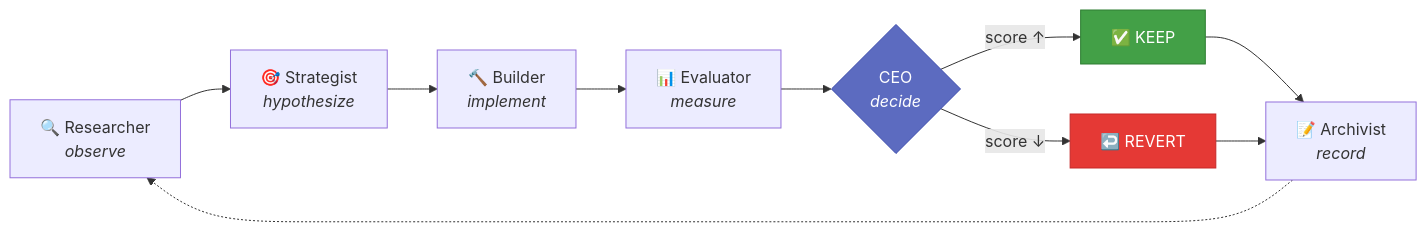
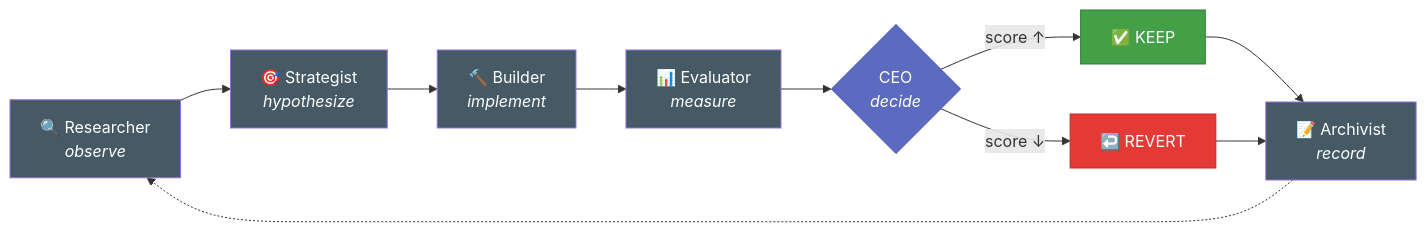
The first of 4 diagrams in docs/index.md (akashgit/remote-factory), drawn with Mermaid before and after one commit. The commit also changed other lines of this file and 2 other files, not shown here.

First line of the commit message:
fix: make Mermaid diagram text readable in both light and dark mode

````diff
--- a/docs/index.md
+++ b/docs/index.md
@@ -25,16 +25,21 @@
 ```mermaid
 graph LR
     A["🔍 Researcher<br><i>observe</i>"] --> B["🎯 Strategist<br><i>hypothesize</i>"]
     B --> C["🔨 Builder<br><i>implement</i>"]
     C --> D["📊 Evaluator<br><i>measure</i>"]
     D --> E{"CEO<br><i>decide</i>"}
     E -- "score ↑" --> F["✅ KEEP"]
     E -- "score ↓" --> G["↩️ REVERT"]
     F --> H["📝 Archivist<br><i>record</i>"]
     G --> H
     H -.-> A
 
+    style A fill:#455a64,color:#fff
+    style B fill:#455a64,color:#fff
+    style C fill:#455a64,color:#fff
+    style D fill:#455a64,color:#fff
     style E fill:#5c6bc0,color:#fff,stroke:#3949ab
     style F fill:#43a047,color:#fff,stroke:#2e7d32
     style G fill:#e53935,color:#fff,stroke:#c62828
+    style H fill:#455a64,color:#fff
 ```
````
